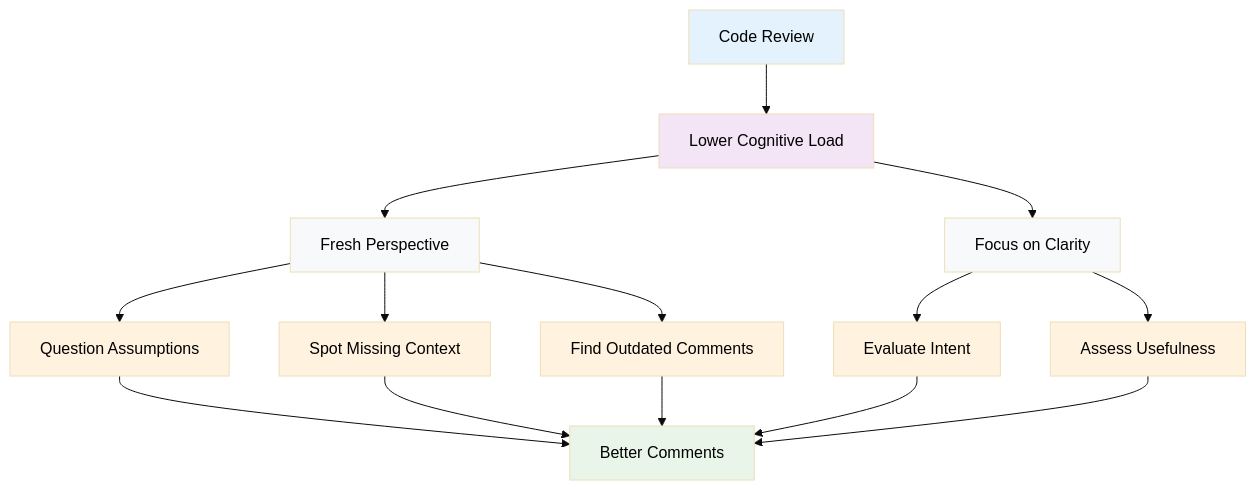
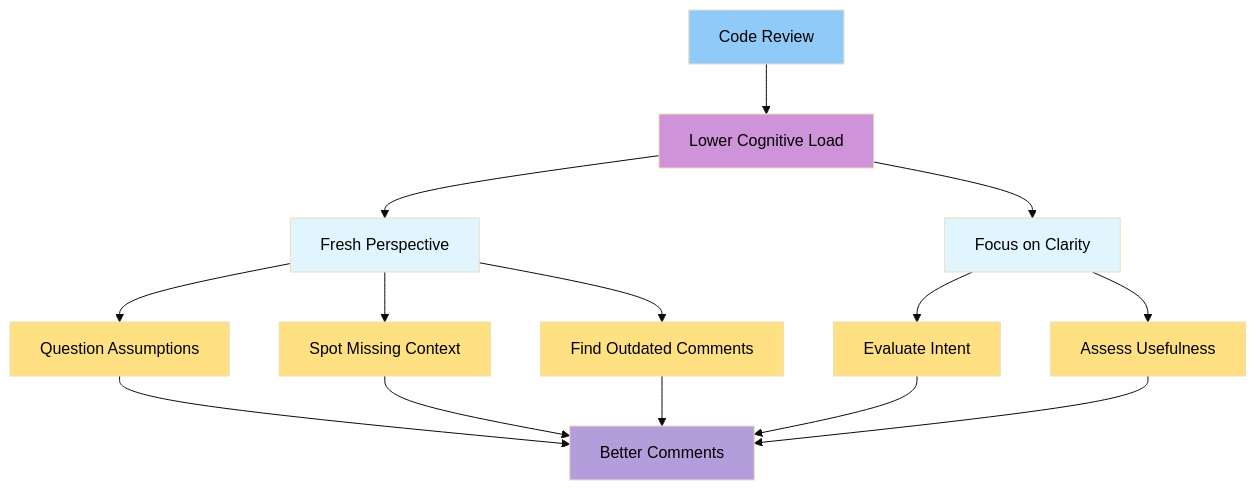
The fourth of 4 diagrams in index.qmd (IndrajeetPatil/to-comment-or-not), drawn with Mermaid (base theme) before and after one commit. The commit also changed other lines of this file and 1 other file, not shown here.

````diff
--- a/index.qmd
+++ b/index.qmd
@@ -1823,31 +1787,31 @@
 ```{mermaid}
 %%| eval: true
 %%| echo: false
 flowchart TD
     A[Code Review] --> B[Lower Cognitive Load]
     B --> C[Fresh Perspective]
     B --> D[Focus on Clarity]
 
     C --> E[Question Assumptions]
     C --> F[Spot Missing Context]
     C --> O[Find Outdated Comments]
     D --> G[Evaluate Intent]
     D --> H[Assess Usefulness]
 
     E --> I[Better Comments]
     F --> I
     G --> I
     H --> I
     O --> I
 
-    style A fill:#e3f2fd,color:#000
-    style B fill:#f3e5f5,color:#000
-    style C fill:#f8f9fa,color:#000
-    style D fill:#f8f9fa,color:#000
-    style E fill:#fff3e0,color:#000
-    style F fill:#fff3e0,color:#000
-    style G fill:#fff3e0,color:#000
-    style H fill:#fff3e0,color:#000
-    style O fill:#fff3e0,color:#000
-    style I fill:#e8f5e8,color:#000
+    style A fill:#90CAF9,color:#000
+    style B fill:#CE93D8,color:#000
+    style C fill:#E1F5FE,color:#000
+    style D fill:#E1F5FE,color:#000
+    style E fill:#FFE082,color:#000
+    style F fill:#FFE082,color:#000
+    style G fill:#FFE082,color:#000
+    style H fill:#FFE082,color:#000
+    style O fill:#FFE082,color:#000
+    style I fill:#B39DDB,color:#000
 ```
````
